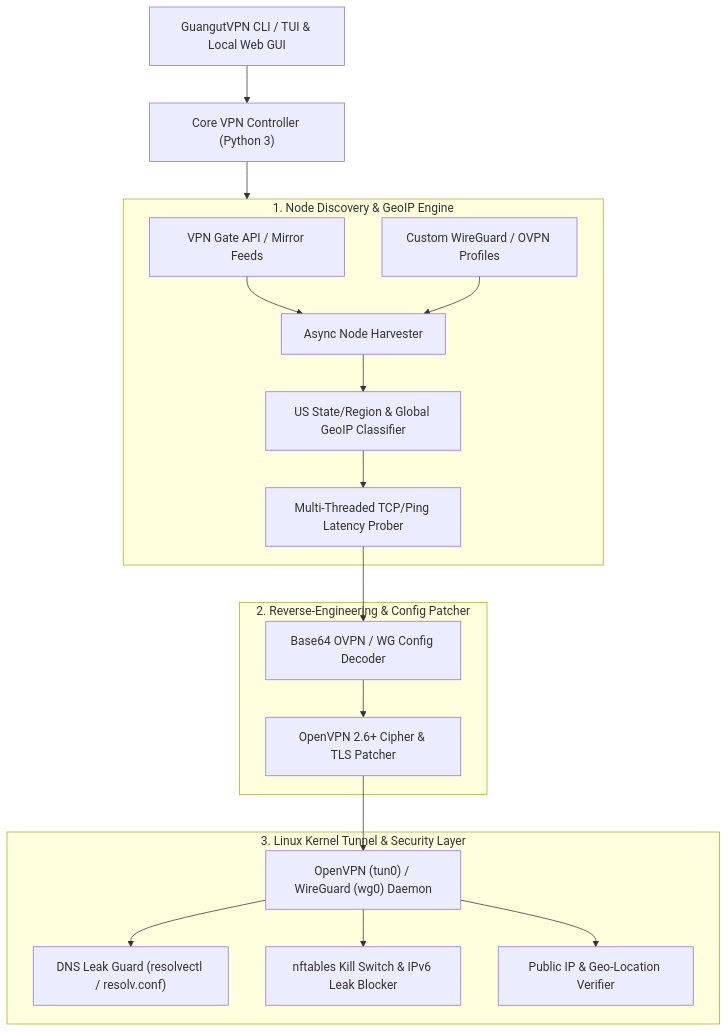
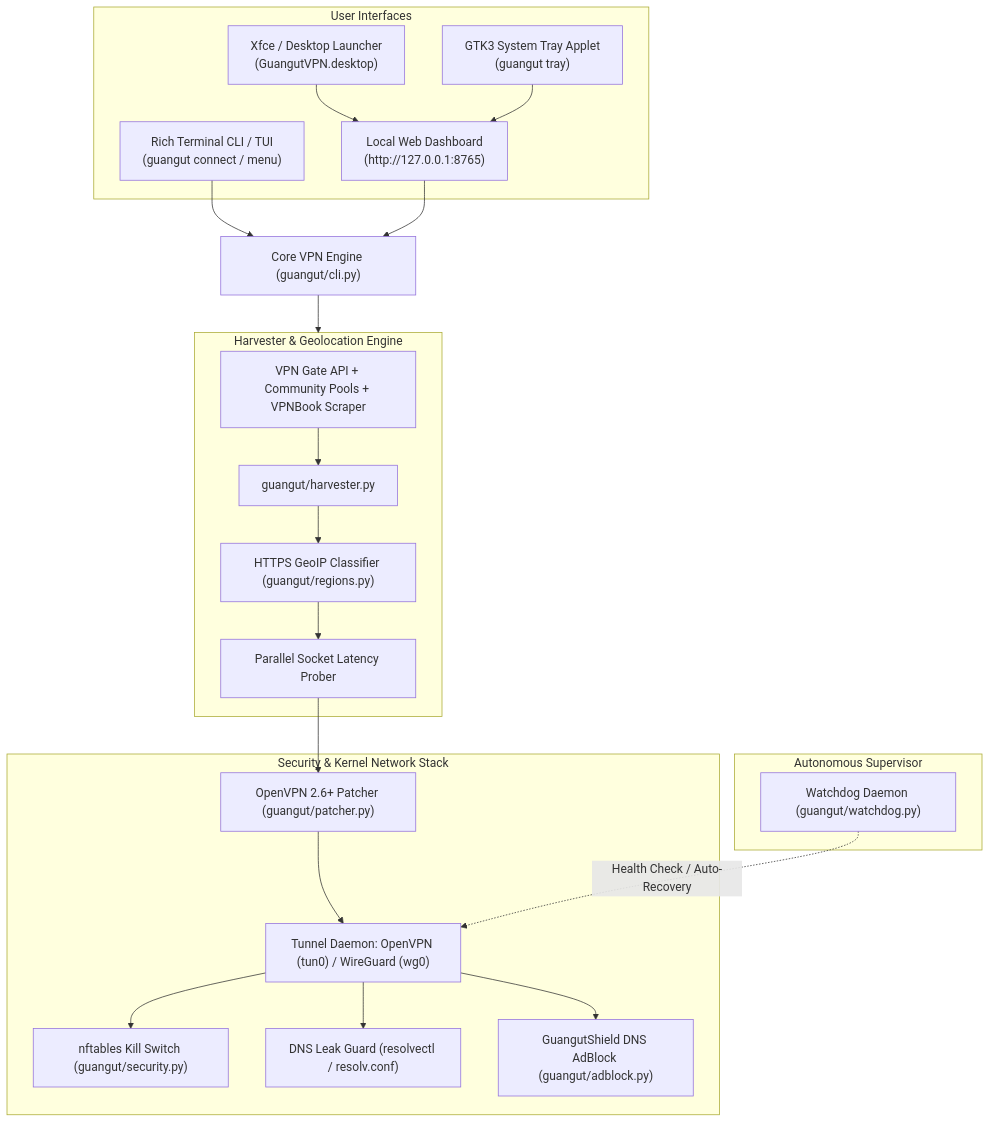
One commit to Semera24/GuangutVPN changed the diagram in vpnPlan.md. Above: the diagram before and after it, drawn with Mermaid. The commit also changed other lines of this file and 2 other files, not shown here.

Commit message:
Update documentation: comprehensive feature matrix, architecture, and usage guides

````diff
--- a/vpnPlan.md
+++ b/vpnPlan.md
@@ -37,25 +47,34 @@
 ```mermaid
 flowchart TD
-    UI["GuangutVPN CLI / TUI & Local Web GUI"] --> Core["Core VPN Controller (Python 3)"]
-    
-    subgraph Discovery ["1. Node Discovery & GeoIP Engine"]
-        API1["VPN Gate API / Mirror Feeds"] --> Harvester["Async Node Harvester"]
-        API2["Custom WireGuard / OVPN Profiles"] --> Harvester
-        Harvester --> GeoIP["US State/Region & Global GeoIP Classifier"]
-        GeoIP --> Prober["Multi-Threaded TCP/Ping Latency Prober"]
+    subgraph UI ["User Interfaces"]
+        Tray["GTK3 System Tray Applet\n(guangut tray)"]
+        WebGUI["Local Web Dashboard\n(http://127.0.0.1:8765)"]
+        CLI["Rich Terminal CLI / TUI\n(guangut connect / menu)"]
+        AppFinder["Xfce / Desktop Launcher\n(GuangutVPN.desktop)"]
     end
 
-    Core --> Discovery
-    
-    subgraph Patcher ["2. Reverse-Engineering & Config Patcher"]
-        Prober --> Decoder["Base64 OVPN / WG Config Decoder"]
-        Decoder --> Sanitizer["OpenVPN 2.6+ Cipher & TLS Patcher"]
+    AppFinder --> WebGUI
+    Tray --> WebGUI
+    CLI --> Core["Core VPN Engine (guangut/cli.py)"]
+    WebGUI --> Core
+
+    subgraph HarvesterModule ["Harvester & Geolocation Engine"]
+        Feeds["VPN Gate API + Community Pools + VPNBook Scraper"] --> Harvester["guangut/harvester.py"]
+        Harvester --> GeoIP["HTTPS GeoIP Classifier (guangut/regions.py)"]
+        GeoIP --> Prober["Parallel Socket Latency Prober"]
     end
 
-    subgraph Network ["3. Linux Kernel Tunnel & Security Layer"]
-        Sanitizer --> Tunnel["OpenVPN (tun0) / WireGuard (wg0) Daemon"]
-        Tunnel --> DNS["DNS Leak Guard (resolvectl / resolv.conf)"]
-        Tunnel --> Firewall["nftables Kill Switch & IPv6 Leak Blocker"]
-        Tunnel --> Verifier["Public IP & Geo-Location Verifier"]
+    Core --> HarvesterModule
+
+    subgraph SecurityModule ["Security & Kernel Network Stack"]
+        Prober --> Patcher["OpenVPN 2.6+ Patcher (guangut/patcher.py)"]
+        Patcher --> Tunnel["Tunnel Daemon: OpenVPN (tun0) / WireGuard (wg0)"]
+        Tunnel --> KillSwitch["nftables Kill Switch (guangut/security.py)"]
+        Tunnel --> DNSGuard["DNS Leak Guard (resolvectl / resolv.conf)"]
+        Tunnel --> Shield["GuangutShield DNS AdBlock (guangut/adblock.py)"]
+    end
+
+    subgraph Supervisor ["Autonomous Supervisor"]
+        Watchdog["Watchdog Daemon (guangut/watchdog.py)"] -.->|Health Check / Auto-Recovery| Tunnel
     end
 ```
````
